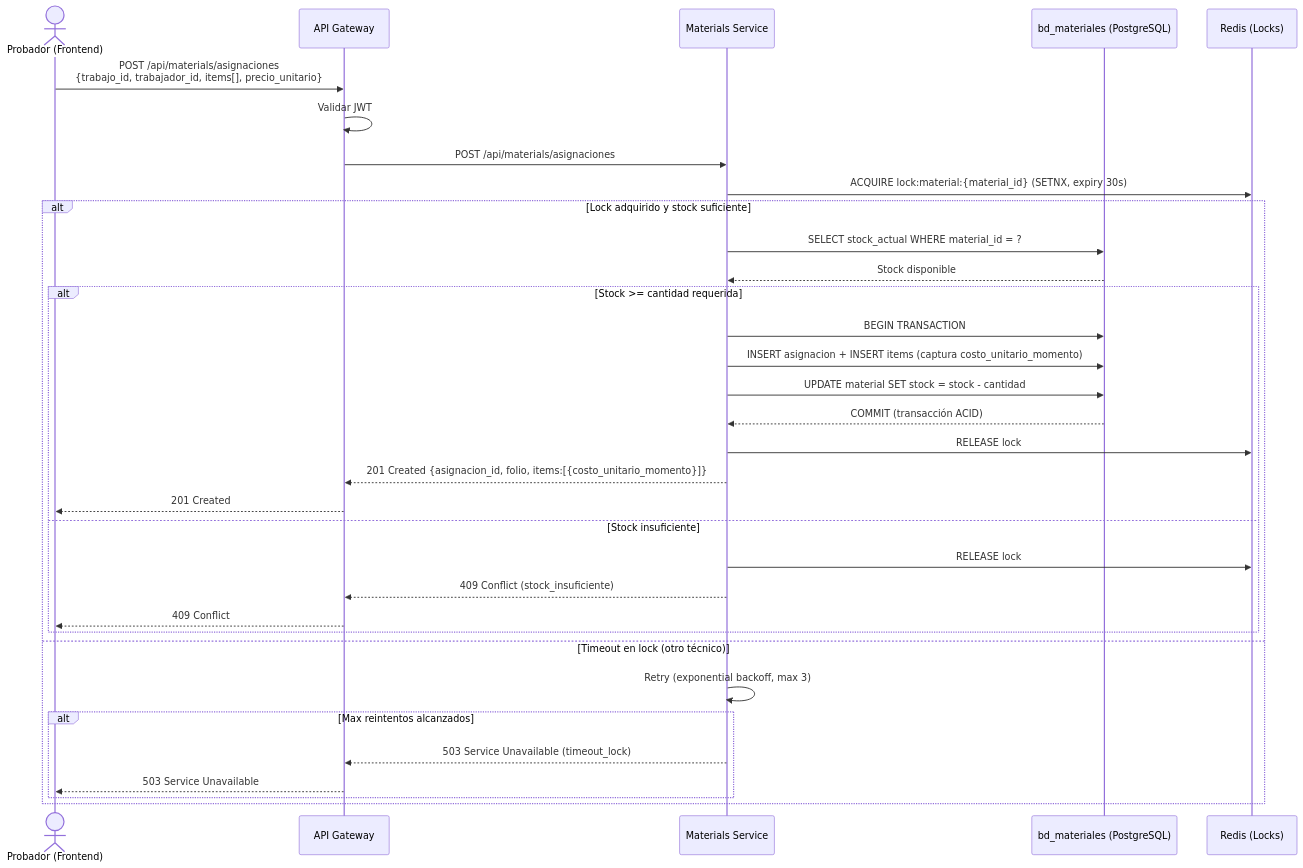
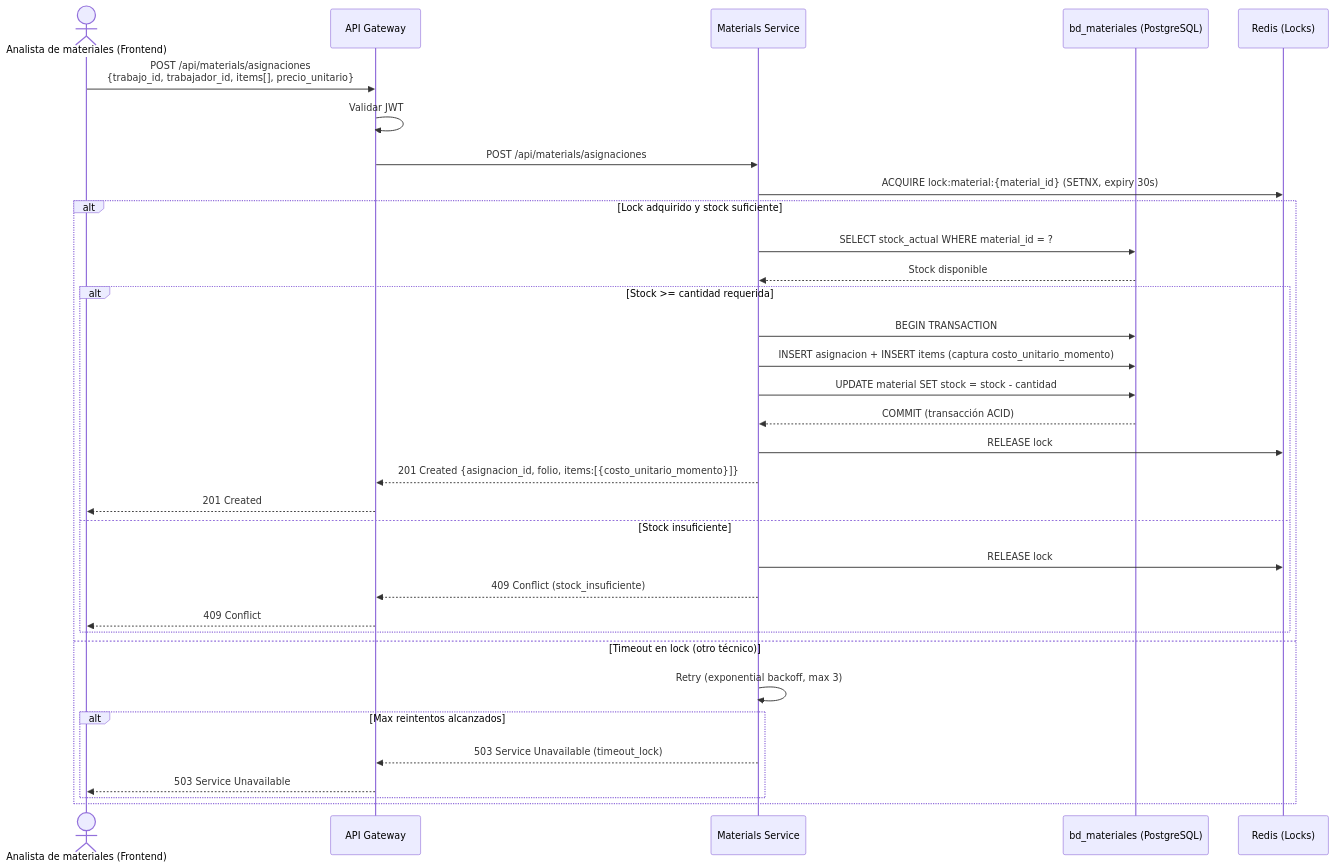
Before and after one commit to ybotet/SISGAD5_1.0: the fourth of 7 diagrams in docs/diagrams/sequence_diagrams/sequence_diagrams.md, drawn with Mermaid. The commit also changed other lines of this file, not shown here.

First line of the commit message:
docs(diagrams): v2.4 secuencia — Analista de materiales gestiona consumo post-cierre

````diff
--- a/docs/diagrams/sequence_diagrams/sequence_diagrams.md
+++ b/docs/diagrams/sequence_diagrams/sequence_diagrams.md
@@ -252,36 +264,36 @@
 ```mermaid
 sequenceDiagram
-    actor T as Probador (Frontend)
+    actor T as Analista de materiales (Frontend)
     participant GW as API Gateway
     participant MS as Materials Service
     participant MADB as bd_materiales (PostgreSQL)
     participant RDX as Redis (Locks)
 
     T->>GW: POST /api/materials/asignaciones<br/>{trabajo_id, trabajador_id, items[], precio_unitario}
     GW->>GW: Validar JWT
     GW->>MS: POST /api/materials/asignaciones
     MS->>RDX: ACQUIRE lock:material:{material_id} (SETNX, expiry 30s)
     alt Lock adquirido y stock suficiente
         MS->>MADB: SELECT stock_actual WHERE material_id = ?
         MADB-->>MS: Stock disponible
         alt Stock >= cantidad requerida
             MS->>MADB: BEGIN TRANSACTION
             MS->>MADB: INSERT asignacion + INSERT items (captura costo_unitario_momento)
             MS->>MADB: UPDATE material SET stock = stock - cantidad
             MADB-->>MS: COMMIT (transacción ACID)
             MS->>RDX: RELEASE lock
             MS-->>GW: 201 Created {asignacion_id, folio, items:[{costo_unitario_momento}]}
             GW-->>T: 201 Created
         else Stock insuficiente
             MS->>RDX: RELEASE lock
             MS-->>GW: 409 Conflict (stock_insuficiente)
             GW-->>T: 409 Conflict
         end
     else Timeout en lock (otro técnico)
         MS->>MS: Retry (exponential backoff, max 3)
         alt Max reintentos alcanzados
             MS-->>GW: 503 Service Unavailable (timeout_lock)
             GW-->>T: 503 Service Unavailable
         end
     end
 ```
````
